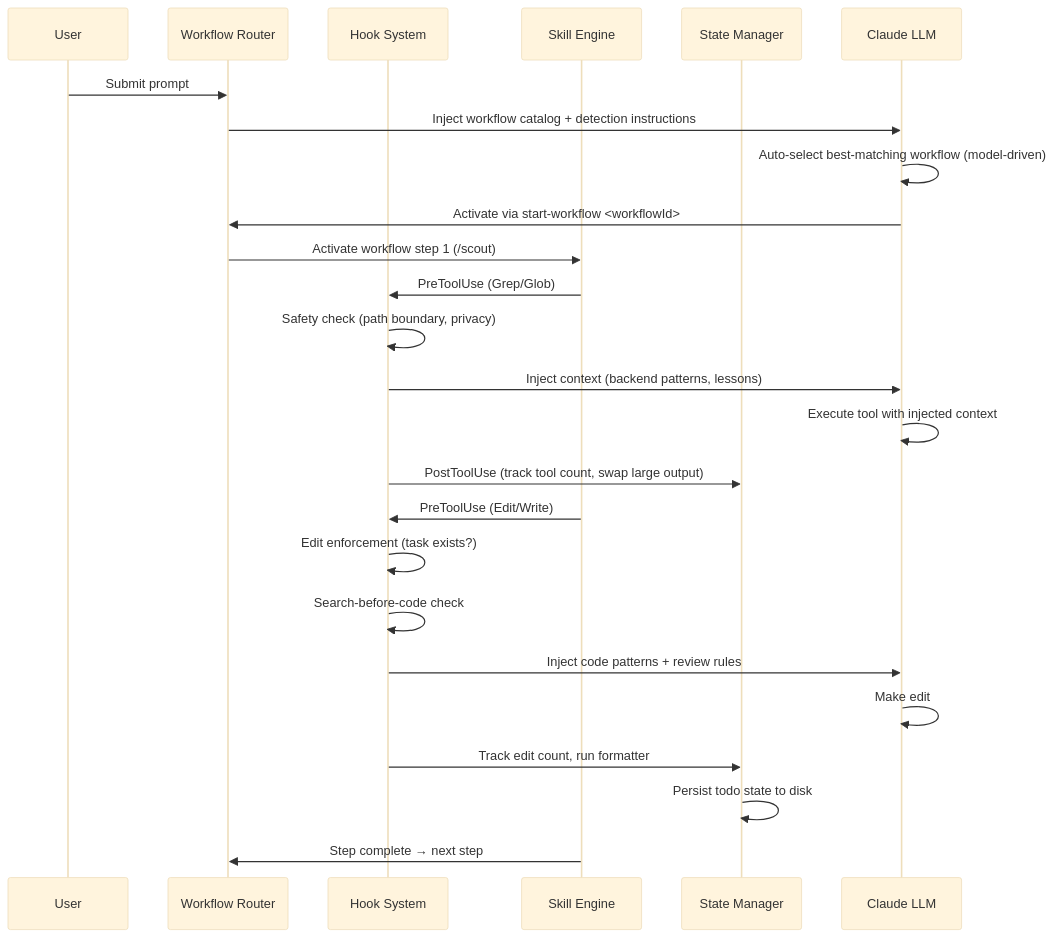
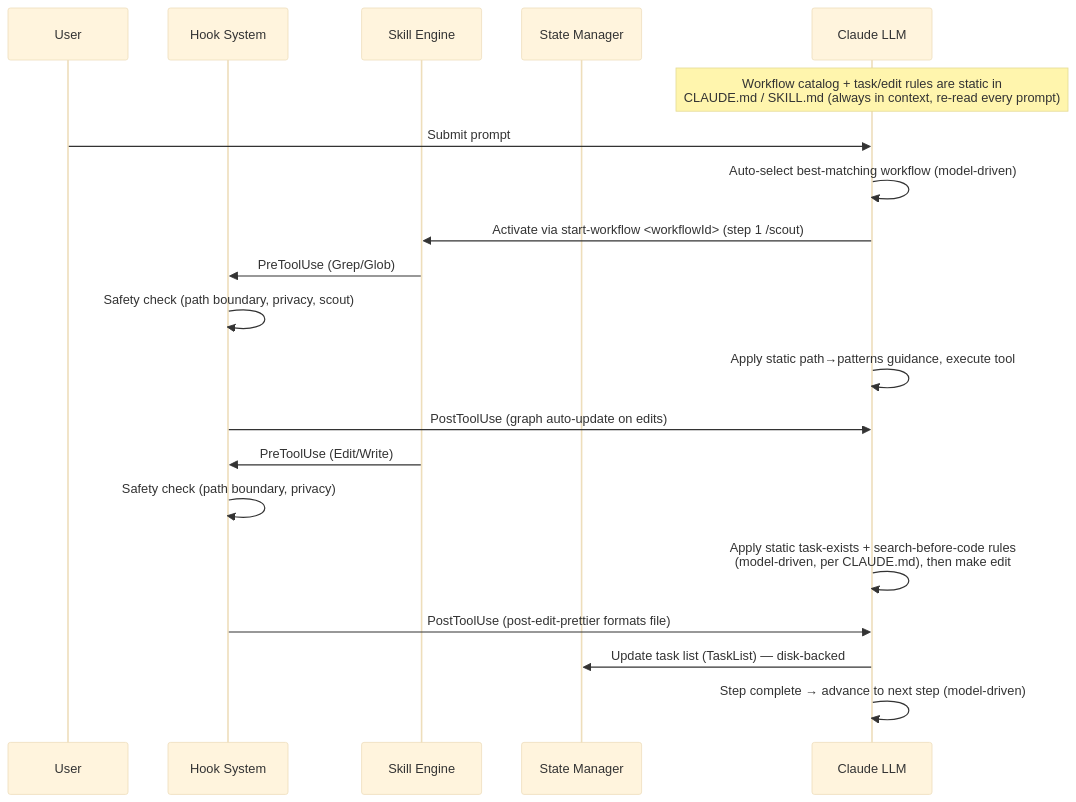
The second of 20 diagrams in .claude/docs/claude-ai-agent-framework-guide.md (duc01226/easy-claude), drawn with Mermaid (base theme) before and after one commit. The commit also changed other lines of this file and 327 other files, not shown here.

````diff
--- a/.claude/docs/claude-ai-agent-framework-guide.md
+++ b/.claude/docs/claude-ai-agent-framework-guide.md
@@ -161,31 +160,25 @@
 ```mermaid
 sequenceDiagram
     participant User
-    participant Router as Workflow Router
     participant Hook as Hook System
     participant Skill as Skill Engine
     participant State as State Manager
     participant LLM as Claude LLM
 
-    User->>Router: Submit prompt
-    Router->>LLM: Inject workflow catalog + detection instructions
+    Note over LLM: Workflow catalog + task/edit rules are static in<br/>CLAUDE.md / SKILL.md (always in context, re-read every prompt)
+    User->>LLM: Submit prompt
     LLM->>LLM: Auto-select best-matching workflow (model-driven)
-    LLM->>Router: Activate via start-workflow <workflowId>
-
-    Router->>Skill: Activate workflow step 1 (/scout)
+    LLM->>Skill: Activate via start-workflow <workflowId> (step 1 /scout)
     Skill->>Hook: PreToolUse (Grep/Glob)
-    Hook->>Hook: Safety check (path boundary, privacy)
-    Hook->>LLM: Inject context (backend patterns, lessons)
-    LLM->>LLM: Execute tool with injected context
-    Hook->>State: PostToolUse (track tool count, swap large output)
+    Hook->>Hook: Safety check (path boundary, privacy, scout)
+    LLM->>LLM: Apply static path→patterns guidance, execute tool
+    Hook->>LLM: PostToolUse (graph auto-update on edits)
 
     Skill->>Hook: PreToolUse (Edit/Write)
-    Hook->>Hook: Edit enforcement (task exists?)
-    Hook->>Hook: Search-before-code check
-    Hook->>LLM: Inject code patterns + review rules
-    LLM->>LLM: Make edit
-    Hook->>State: Track edit count, run formatter
+    Hook->>Hook: Safety check (path boundary, privacy)
+    LLM->>LLM: Apply static task-exists + search-before-code rules<br/>(model-driven, per CLAUDE.md), then make edit
+    Hook->>LLM: PostToolUse (post-edit-prettier formats file)
 
-    State->>State: Persist todo state to disk
-    Skill->>Router: Step complete → next step
+    LLM->>State: Update task list (TaskList) — disk-backed
+    LLM->>LLM: Step complete → advance to next step (model-driven)
 ```
````
